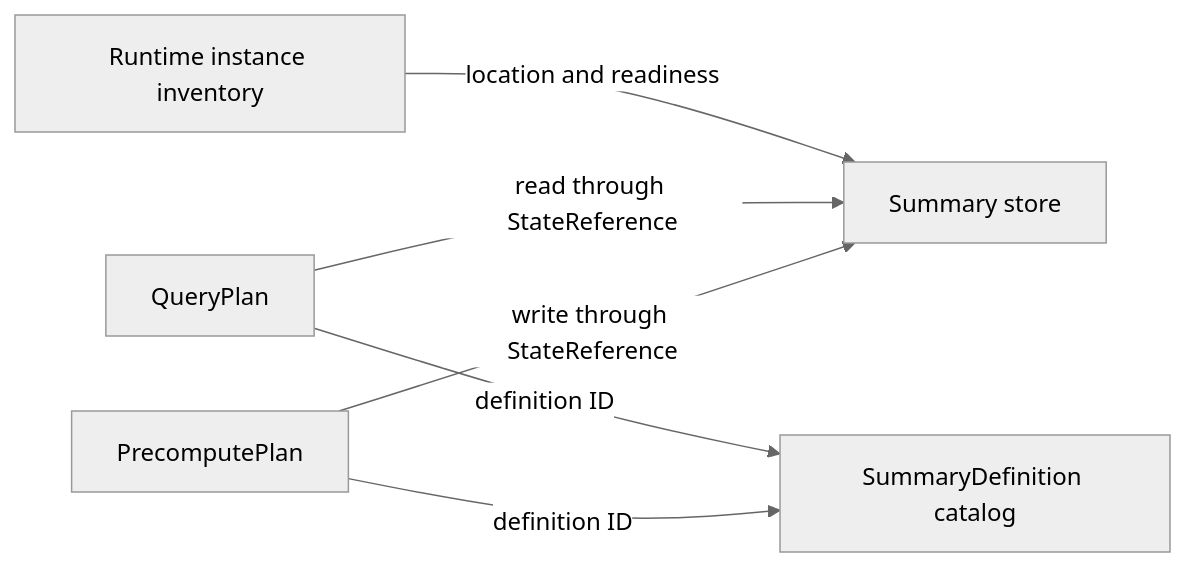
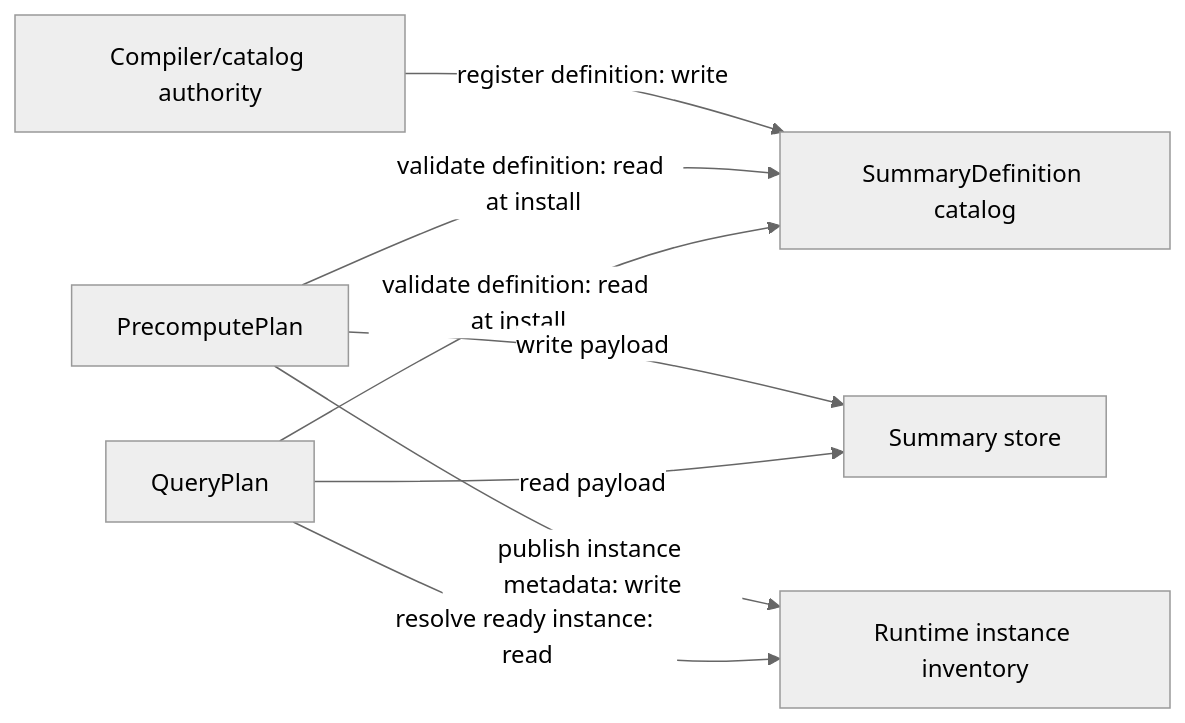
The diagram in docs/design_docs/summary-catalog-sds-architecture.md (ProjectASAP/ASAPQuery-backend), drawn with Mermaid (neutral theme) before and after one commit. The commit also changed other lines of this file, not shown here.

Commit message:
docs: label catalog reads and SDS metadata ownership

````diff
--- a/docs/design_docs/summary-catalog-sds-architecture.md
+++ b/docs/design_docs/summary-catalog-sds-architecture.md
@@ -37,8 +48,10 @@
 ```mermaid
 flowchart LR
-  P[PrecomputePlan] -->|write through StateReference| S[Summary store]
-  Q[QueryPlan] -->|read through StateReference| S
-  P -->|definition ID| D[SummaryDefinition catalog]
-  Q -->|definition ID| D
-  I[Runtime instance inventory] -->|location and readiness| S
+  C[Compiler/catalog authority] -->|register definition: write| D[SummaryDefinition catalog]
+  P[PrecomputePlan] -->|validate definition: read at install| D
+  Q[QueryPlan] -->|validate definition: read at install| D
+  P -->|write payload| S[Summary store]
+  P -->|publish instance metadata: write| I[Runtime instance inventory]
+  Q -->|resolve ready instance: read| I
+  Q -->|read payload| S
 ```
````
